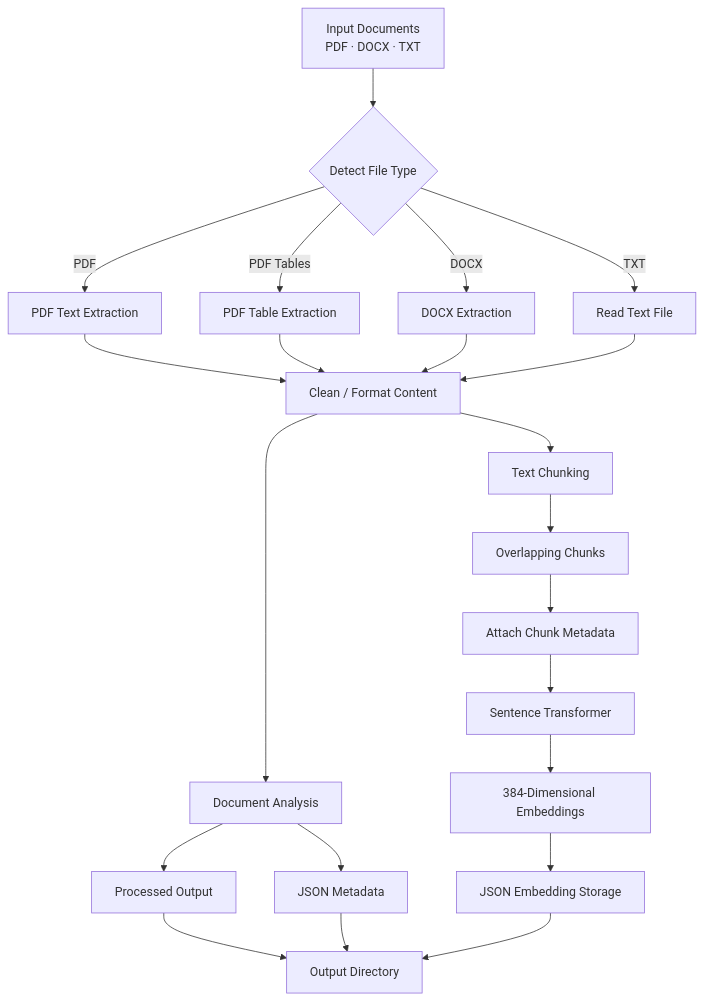
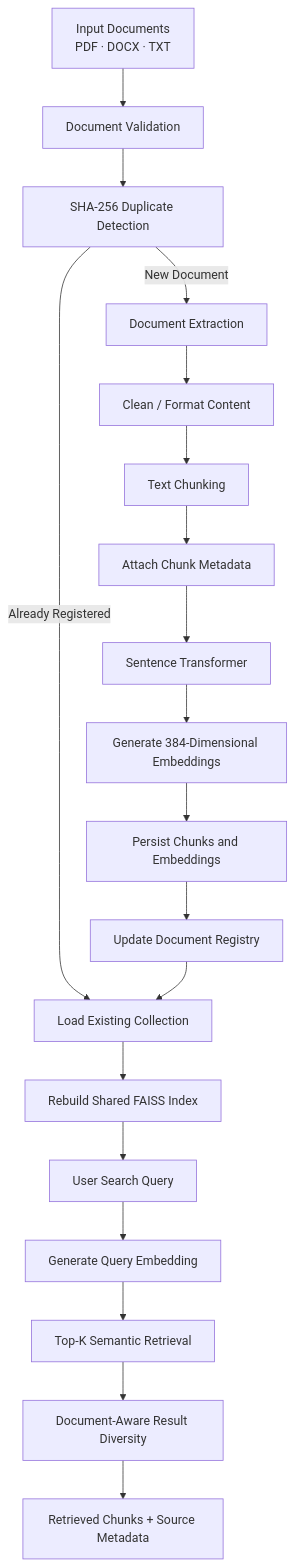
One commit to RebyTK/DocuMind changed the diagram in README.md. Above: the diagram before and after it, drawn with Mermaid. The commit also changed other lines of this file, not shown here.

````diff
--- a/README.md
+++ b/README.md
@@ -42,29 +75,25 @@
 ```mermaid
 flowchart TD
-    A["Input Documents<br/>PDF · DOCX · TXT"] --> B{"Detect File Type"}
+    A["Input Documents<br/>PDF · DOCX · TXT"] --> B["Document Validation"]
+    B --> C["SHA-256 Duplicate Detection"]
 
-    B -->|PDF| C["PDF Text Extraction"]
-    B -->|PDF Tables| D["PDF Table Extraction"]
-    B -->|DOCX| E["DOCX Extraction"]
-    B -->|TXT| F["Read Text File"]
+    C -->|New Document| D["Document Extraction"]
+    C -->|Already Registered| J["Load Existing Collection"]
 
-    C --> G["Clean / Format Content"]
-    D --> G
-    E --> G
-    F --> G
+    D --> E["Clean / Format Content"]
+    E --> F["Text Chunking"]
+    F --> G["Attach Chunk Metadata"]
+    G --> H["Sentence Transformer"]
+    H --> I["Generate 384-Dimensional Embeddings"]
 
-    G --> H["Document Analysis"]
-    H --> I["Processed Output"]
-    H --> J["JSON Metadata"]
+    I --> K["Persist Chunks and Embeddings"]
+    K --> L["Update Document Registry"]
+    L --> J
 
-    G --> K["Text Chunking"]
-    K --> L["Overlapping Chunks"]
-    L --> M["Attach Chunk Metadata"]
-    M --> N["Sentence Transformer"]
-    N --> O["384-Dimensional Embeddings"]
-
-    O --> P["JSON Embedding Storage"]
-    I --> Q["Output Directory"]
-    J --> Q
-    P --> Q
+    J --> M["Rebuild Shared FAISS Index"]
+    M --> N["User Search Query"]
+    N --> O["Generate Query Embedding"]
+    O --> P["Top-K Semantic Retrieval"]
+    P --> Q["Document-Aware Result Diversity"]
+    Q --> R["Retrieved Chunks + Source Metadata"]
 ```
````
